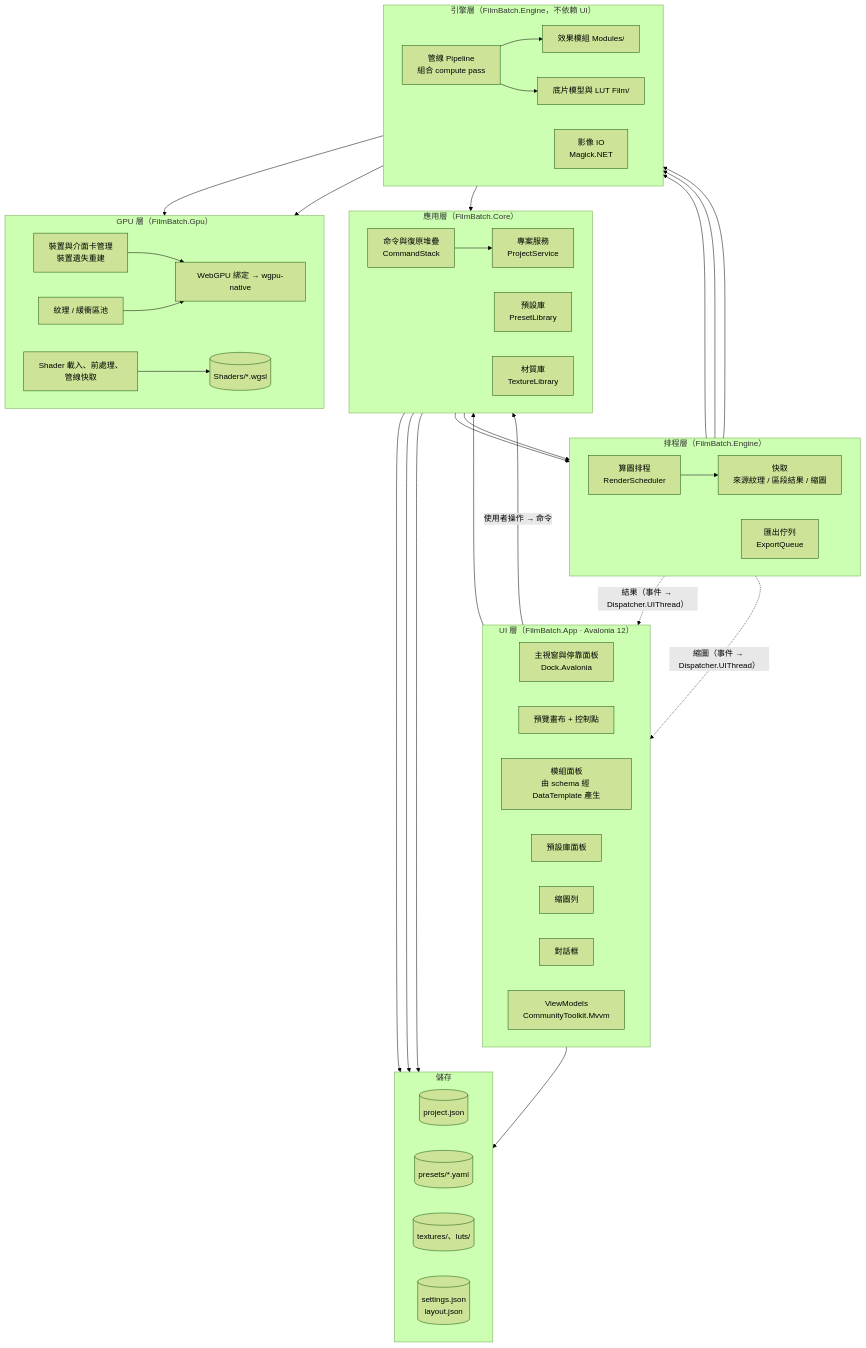
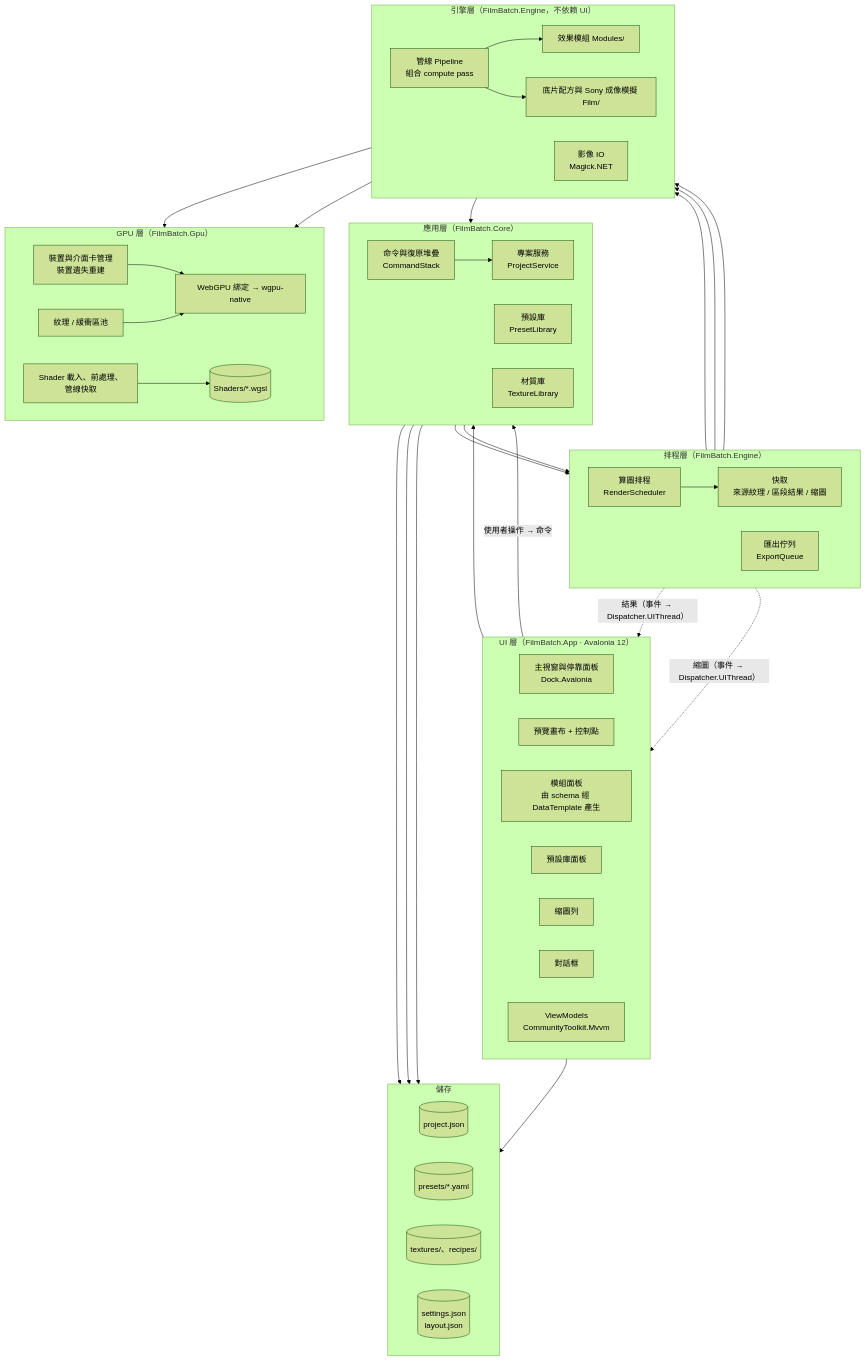
One commit to minexo79/FilmBatch changed diagram 19 of 23 in plan.md. Above: the diagram before and after it, drawn with Mermaid (forest theme). The commit also changed other lines of this file and 34 other files, not shown here.

````diff
--- a/plan.md
+++ b/plan.md
@@ -1299,77 +1472,77 @@
 ```mermaid
 flowchart TB
     subgraph UI["UI 層（FilmBatch.App · Avalonia 12）"]
         direction LR
         U1["主視窗與停靠面板<br/>Dock.Avalonia"]
         U2["預覽畫布 + 控制點"]
         U3["模組面板<br/>由 schema 經 DataTemplate 產生"]
         U4["預設庫面板"]
         U5["縮圖列"]
         U6["對話框"]
         U7["ViewModels<br/>CommunityToolkit.Mvvm"]
     end
 
     subgraph APP["應用層（FilmBatch.Core）"]
         direction LR
         A1["命令與復原堆疊<br/>CommandStack"]
         A2["專案服務<br/>ProjectService"]
         A3["預設庫<br/>PresetLibrary"]
         A4["材質庫<br/>TextureLibrary"]
     end
 
     subgraph SCH["排程層（FilmBatch.Engine）"]
         direction LR
         S1["算圖排程<br/>RenderScheduler"]
         S2["快取<br/>來源紋理 / 區段結果 / 縮圖"]
         S3["匯出佇列<br/>ExportQueue"]
     end
 
     subgraph ENG["引擎層（FilmBatch.Engine，不依賴 UI）"]
         direction LR
         E1["管線 Pipeline<br/>組合 compute pass"]
         E2["效果模組 Modules/"]
-        E3["底片模型與 LUT Film/"]
+        E3["底片配方與 Sony 成像模擬 Film/"]
         E4["影像 IO<br/>Magick.NET"]
     end
 
     subgraph GPU["GPU 層（FilmBatch.Gpu）"]
         direction LR
         G1["裝置與介面卡管理<br/>裝置遺失重建"]
         G2["紋理 / 緩衝區池"]
         G3["Shader 載入、前處理、<br/>管線快取"]
         G4["WebGPU 綁定 → wgpu-native"]
         G5[("Shaders/*.wgsl")]
     end
 
     subgraph STO["儲存"]
         direction LR
         D1[("project.json")]
         D2[("presets/*.yaml")]
-        D3[("textures/、luts/")]
+        D3[("textures/、recipes/")]
         D4[("settings.json<br/>layout.json")]
     end
 
     UI -->|"使用者操作 → 命令"| A1
     A1 --> A2
     U4 --> A3
     A2 --> S1
     A2 --> S3
     S1 --> S2
     S1 --> E1
     S3 --> E1
     S3 --> E4
     E1 --> E2
     E1 --> E3
     E2 --> A4
     E1 --> G1
     E2 --> G3
     G1 --> G4
     G2 --> G4
     G3 --> G5
     A2 --> D1
     A3 --> D2
     A4 --> D3
     UI --> D4
     S1 -.->|"結果（事件 → Dispatcher.UIThread）"| U2
     S2 -.->|"縮圖（事件 → Dispatcher.UIThread）"| U5
 ```
````
